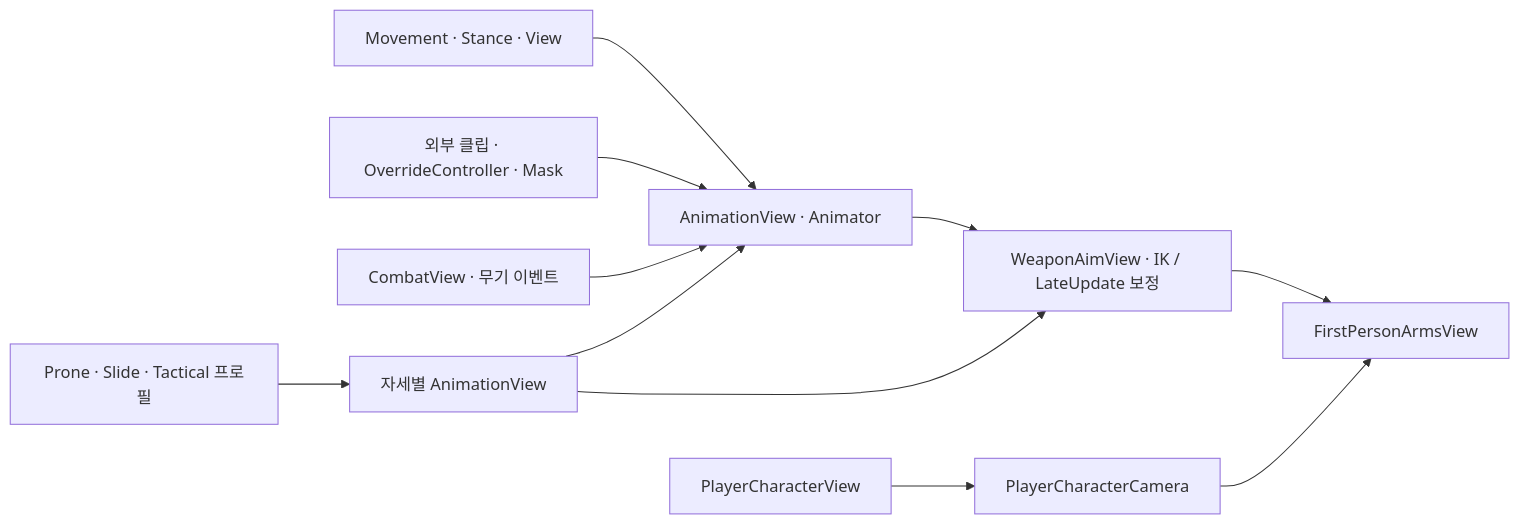
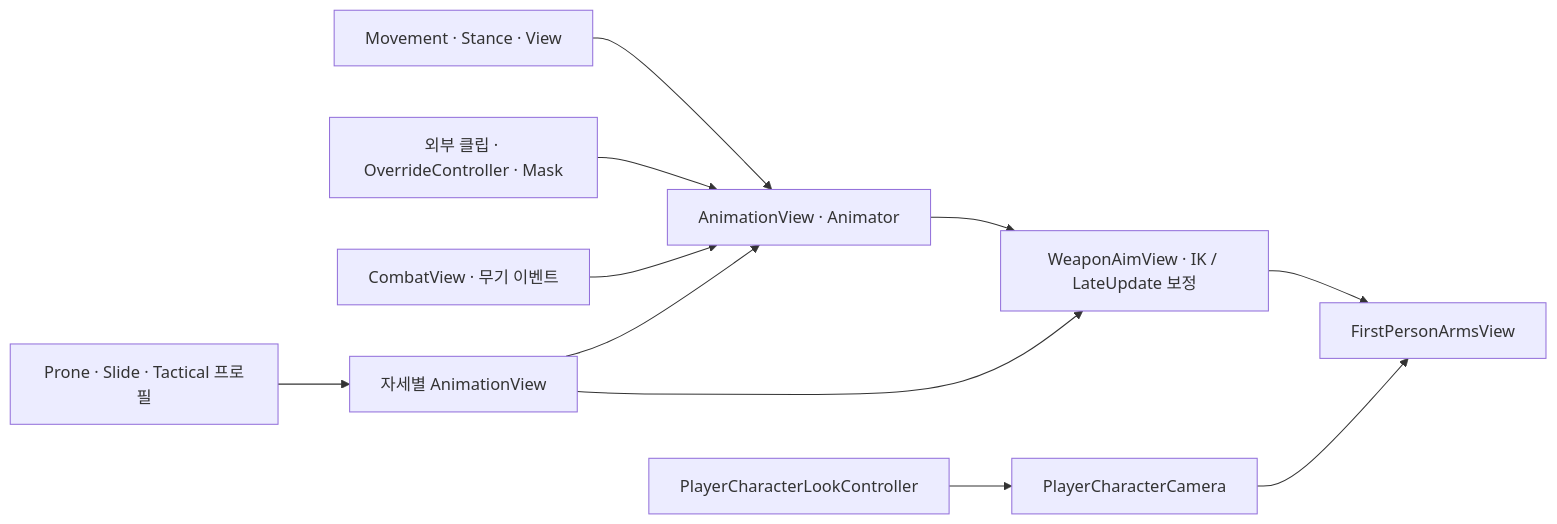
The third of 5 diagrams in Docs/Manual/Architecture.md (wooyong2223-hue/Battlefield_Project), drawn with Mermaid before and after one commit. The commit also changed other lines of this file and 336 other files, not shown here.

````diff
--- a/Docs/Manual/Architecture.md
+++ b/Docs/Manual/Architecture.md
@@ -51,13 +51,13 @@
 ```mermaid
 flowchart LR
     Motion["Movement · Stance · View"] --> Anim["AnimationView · Animator"]
     Assets["외부 클립 · OverrideController · Mask"] --> Anim
     Combat["CombatView · 무기 이벤트"] --> Anim
     Anim --> IK["WeaponAimView · IK / LateUpdate 보정"]
     Profiles["Prone · Slide · Tactical 프로필"] --> Specific["자세별 AnimationView"]
     Specific --> Anim
     Specific --> IK
     IK --> Arms["FirstPersonArmsView"]
-    Sight["PlayerCharacterView"] --> Camera["PlayerCharacterCamera"]
+    Sight["PlayerCharacterLookController"] --> Camera["PlayerCharacterCamera"]
     Camera --> Arms
 ```
````
